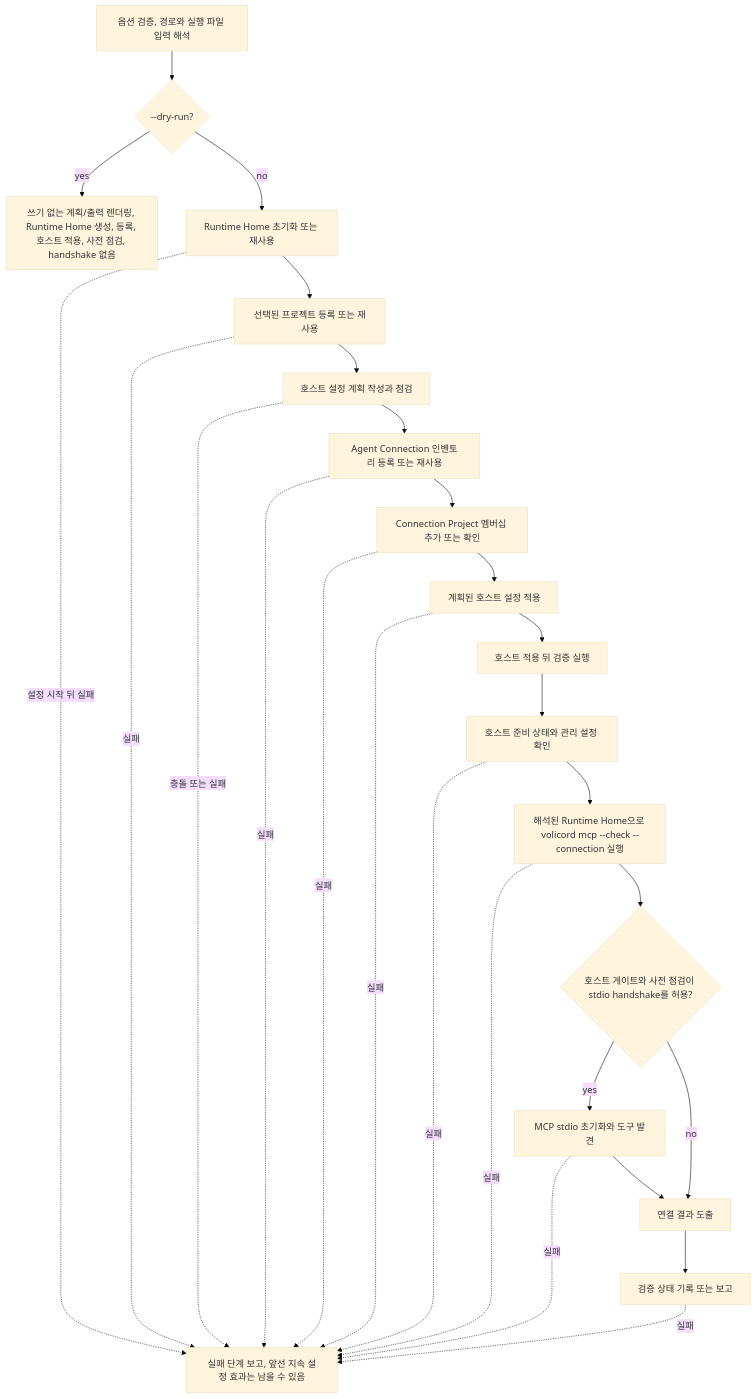
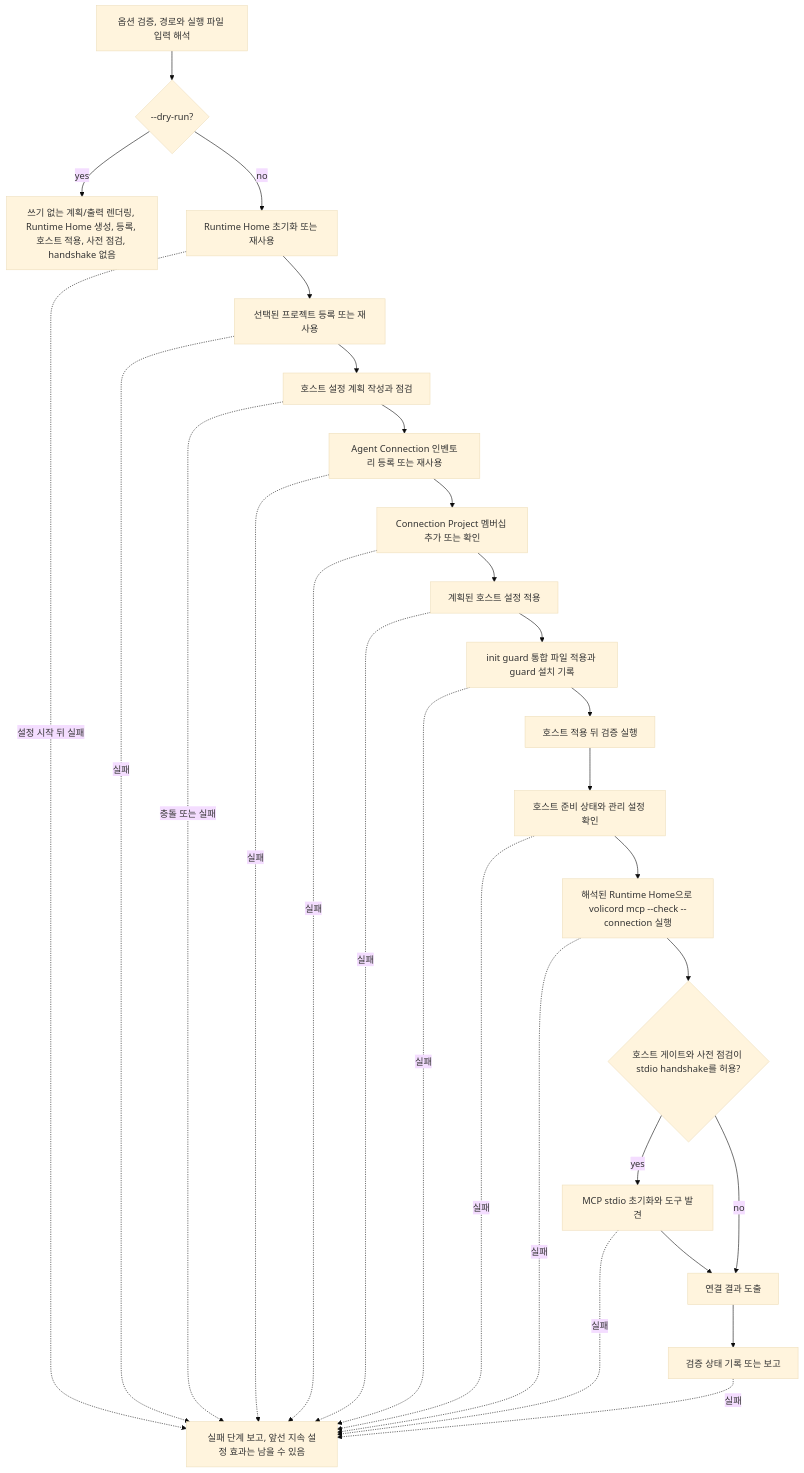
Before and after one commit to minjungw00/Harness_Project: the fourth of 4 diagrams in docs/ko/development/architecture.md, drawn with Mermaid (base theme). The commit also changed other lines of this file and 13 other files, not shown here.

````diff
--- a/docs/ko/development/architecture.md
+++ b/docs/ko/development/architecture.md
@@ -274,37 +274,39 @@
 ```mermaid
 flowchart TD
   parse["옵션 검증, 경로와 실행 파일 입력 해석"]
   dry{"--dry-run?"}
   dryout["쓰기 없는 계획/출력 렌더링, Runtime Home 생성, 등록, 호스트 적용, 사전 점검, handshake 없음"]
   runtime["Runtime Home 초기화 또는 재사용"]
   project["선택된 프로젝트 등록 또는 재사용"]
   plan["호스트 설정 계획 작성과 점검"]
   connection["Agent Connection 인벤토리 등록 또는 재사용"]
   membership["Connection Project 멤버십 추가 또는 확인"]
   host["계획된 호스트 설정 적용"]
+  integration["init guard 통합 파일 적용과 guard 설치 기록"]
   verify["호스트 적용 뒤 검증 실행"]
   readiness["호스트 준비 상태와 관리 설정 확인"]
   preflight["해석된 Runtime Home으로 volicord mcp --check --connection 실행"]
   gate{"호스트 게이트와 사전 점검이 stdio handshake를 허용?"}
   handshake["MCP stdio 초기화와 도구 발견"]
   aggregate["연결 결과 도출"]
   final["검증 상태 기록 또는 보고"]
   fail["실패 단계 보고, 앞선 지속 설정 효과는 남을 수 있음"]
 
   parse --> dry
   dry -- yes --> dryout
-  dry -- no --> runtime --> project --> plan --> connection --> membership --> host --> verify
+  dry -- no --> runtime --> project --> plan --> connection --> membership --> host --> integration --> verify
   verify --> readiness --> preflight --> gate
   gate -- yes --> handshake --> aggregate --> final
   gate -- no --> aggregate
   runtime -. 설정 시작 뒤 실패 .-> fail
   project -. 실패 .-> fail
   plan -. 충돌 또는 실패 .-> fail
   connection -. 실패 .-> fail
   membership -. 실패 .-> fail
   host -. 실패 .-> fail
+  integration -. 실패 .-> fail
   readiness -. 실패 .-> fail
   preflight -. 실패 .-> fail
   handshake -. 실패 .-> fail
   final -. 실패 .-> fail
 ```
````
